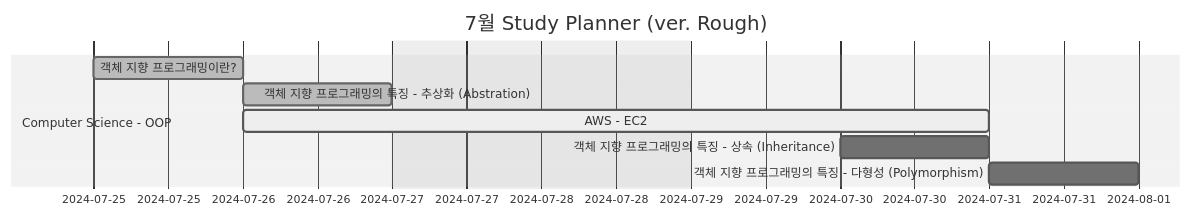
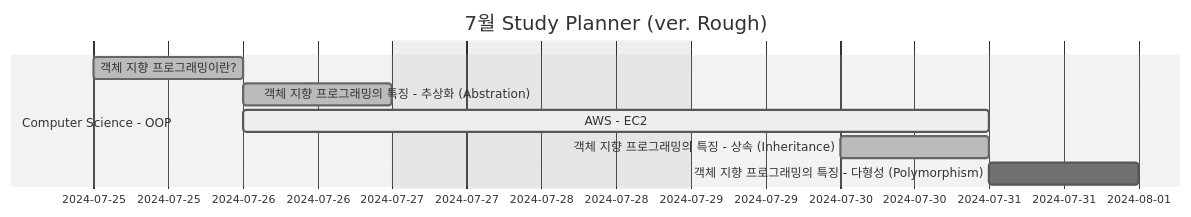
One commit to HyungJinHan/HyungJinHan.github.io changed the first of 2 diagrams in _posts/other/2024-07-24-plan.md. Above: the diagram before and after it, drawn with Mermaid (neutral theme). The commit also changed 14 other files, not shown here.

````diff
--- a/_posts/other/2024-07-24-plan.md
+++ b/_posts/other/2024-07-24-plan.md
@@ -20,12 +20,12 @@
 ```mermaid
 gantt
 title  7월 Study Planner (ver. Rough)
 excludes weekends
 
 section Computer Science - OOP
   객체 지향 프로그래밍이란? :done, 2024-07-25, 1d
   객체 지향 프로그래밍의 특징 - 추상화 (Abstration) :done, 2024-07-26, 1d
   AWS - EC2 :active, 2024-07-26, 3d
-  객체 지향 프로그래밍의 특징 - 상속 (Inheritance) :c, 2024-07-30, 1d
+  객체 지향 프로그래밍의 특징 - 상속 (Inheritance) :done, 2024-07-30, 1d
   객체 지향 프로그래밍의 특징 - 다형성 (Polymorphism) :d, 2024-07-31, 1d
 ```
````
